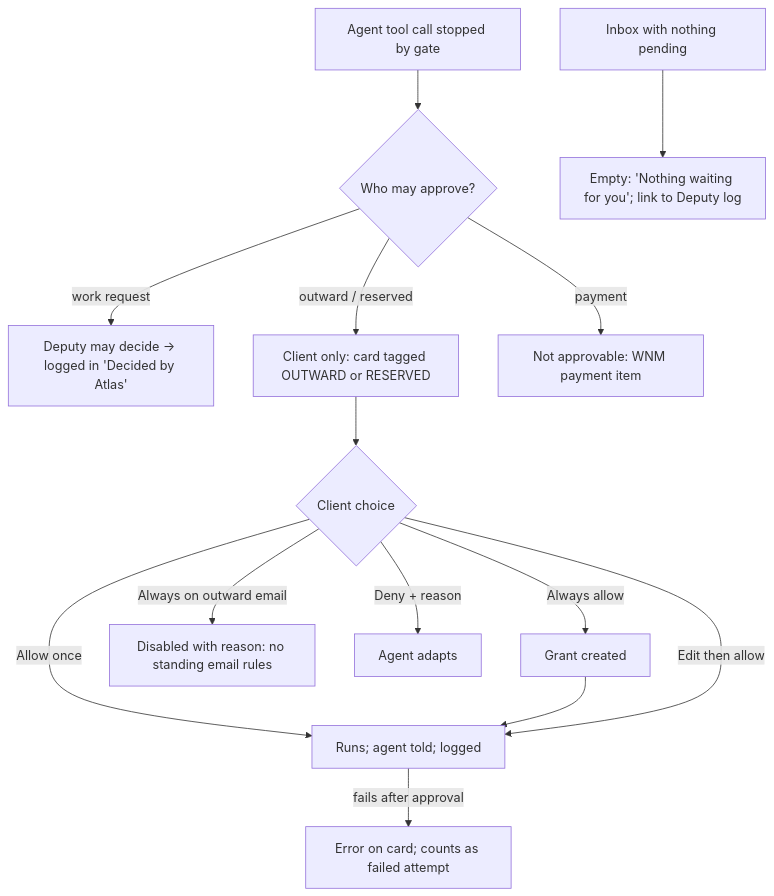
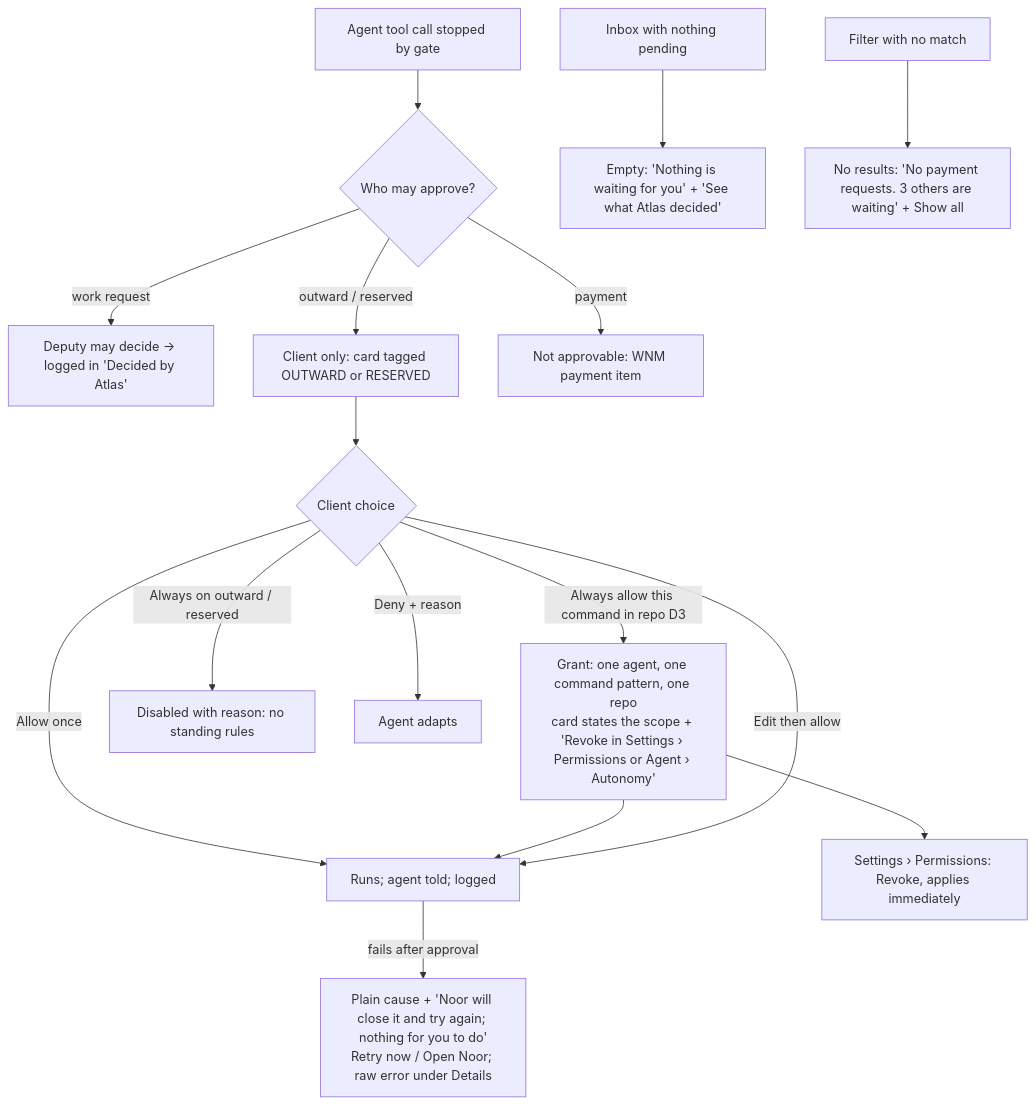
Before and after one commit to Majd-Alhakim/bench: the sixth of 11 diagrams in docs/design/ux/README.md, drawn with Mermaid. The commit also changed other lines of this file and 3 other files, not shown here.

````diff
--- a/docs/design/ux/README.md
+++ b/docs/design/ux/README.md
@@ -245,15 +252,17 @@
 ```mermaid
 flowchart TD
   A[Agent tool call stopped by gate] --> B{Who may approve?}
   B -->|work request| D[Deputy may decide → logged in 'Decided by Atlas']
   B -->|outward / reserved| C[Client only: card tagged OUTWARD or RESERVED]
   B -->|payment| PY[Not approvable: WNM payment item]
   C --> O{Client choice}
   O -->|Allow once| X[Runs; agent told; logged]
-  O -->|Always allow| G[Grant created] --> X
-  O -->|Always on outward email| N[Disabled with reason: no standing email rules]
+  O -->|Always allow this command in repo D3| G[Grant: one agent, one command pattern, one repo<br/>card states the scope + 'Revoke in Settings › Permissions or Agent › Autonomy'] --> X
+  O -->|Always on outward / reserved| N[Disabled with reason: no standing rules]
   O -->|Edit then allow| X
   O -->|Deny + reason| Y[Agent adapts]
-  X -->|fails after approval| F[Error on card; counts as failed attempt]
-  A2[Inbox with nothing pending] --> E[Empty: 'Nothing waiting for you'; link to Deputy log]
+  X -->|fails after approval| F[Plain cause + 'Noor will close it and try again; nothing for you to do'<br/>Retry now / Open Noor; raw error under Details]
+  A2[Inbox with nothing pending] --> E[Empty: 'Nothing is waiting for you' + 'See what Atlas decided']
+  A3[Filter with no match] --> NR[No results: 'No payment requests. 3 others are waiting' + Show all]
+  G --> RV[Settings › Permissions: Revoke, applies immediately]
 ```
````
